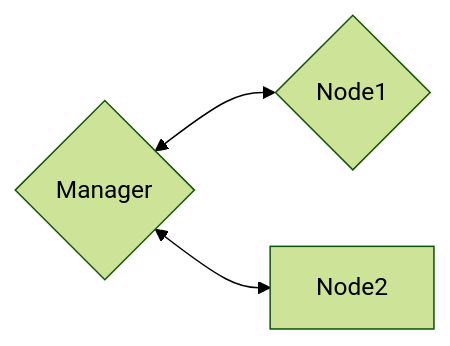
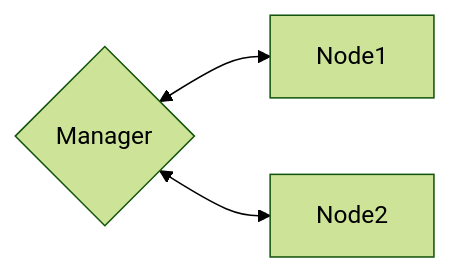
The diagram in docs/container/docker/swarm.md (cowadar/wiki), drawn with Mermaid (forest theme) before and after one commit.

Commit message:
docker swarm overlay network toegevoegd

````diff
--- a/docs/container/docker/swarm.md
+++ b/docs/container/docker/swarm.md
@@ -17,5 +17,5 @@
 ``` mermaid
 graph LR
-  A{Manager} <--> B{Node1};
+  A{Manager} <--> B[Node1];
   A{Manager} <--> C[Node2];
 ```
````
